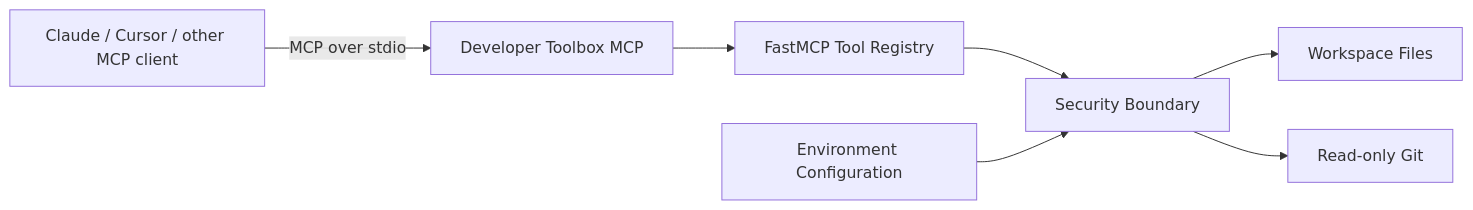
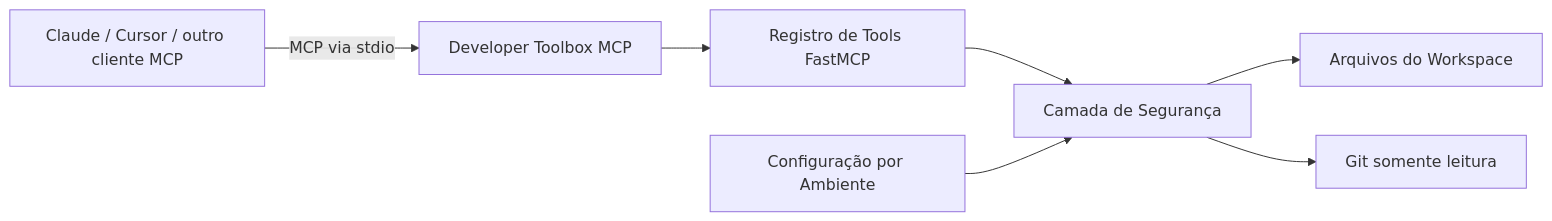
One commit to ErikaMendes89/developer-toolbox-mcp changed the diagram in README.md. Above: the diagram before and after it, drawn with Mermaid. The commit also changed other lines of this file, not shown here.

````diff
--- a/README.md
+++ b/README.md
@@ -39,10 +39,10 @@
 ```mermaid
 flowchart LR
-    Client[Claude / Cursor / other MCP client]
-    Client -->|MCP over stdio| Server[Developer Toolbox MCP]
-    Server --> Registry[FastMCP Tool Registry]
-    Registry --> Guard[Security Boundary]
-    Guard --> Files[Workspace Files]
-    Guard --> Git[Read-only Git]
-    Config[Environment Configuration] --> Guard
+    Client[Claude / Cursor / outro cliente MCP]
+    Client -->|MCP via stdio| Server[Developer Toolbox MCP]
+    Server --> Registry[Registro de Tools FastMCP]
+    Registry --> Guard[Camada de Segurança]
+    Guard --> Files[Arquivos do Workspace]
+    Guard --> Git[Git somente leitura]
+    Config[Configuração por Ambiente] --> Guard
 ```
````
